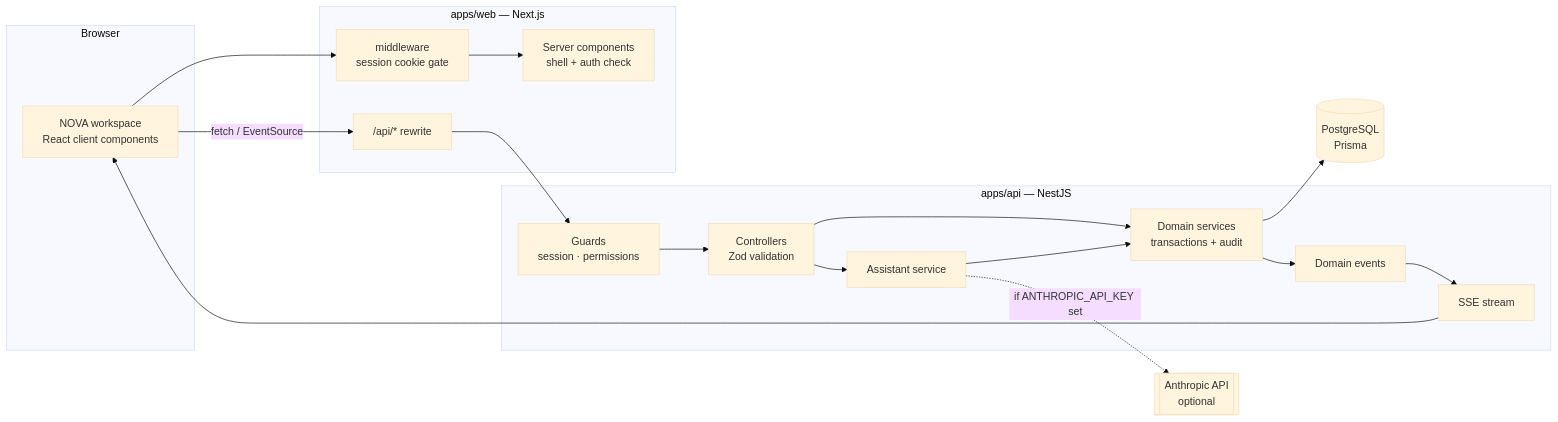
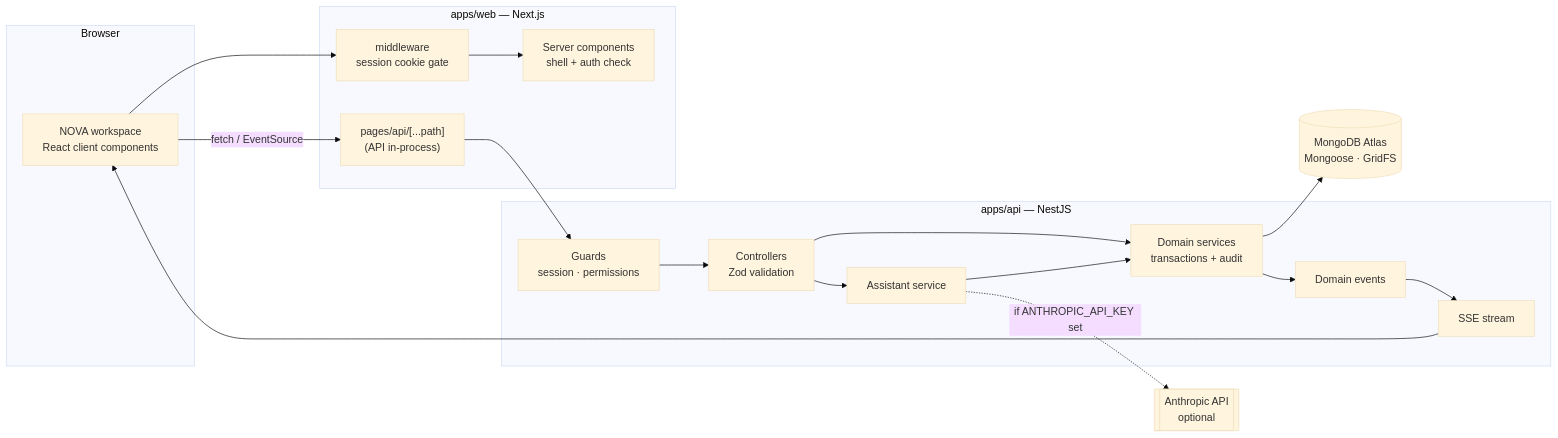
One commit to Shanidashaji/nova-studio changed the first of 3 diagrams in docs/architecture/01-system-architecture.md. Above: the diagram before and after it, drawn with Mermaid (base theme). The commit also changed other lines of this file and 122 other files, not shown here.

````diff
--- a/docs/architecture/01-system-architecture.md
+++ b/docs/architecture/01-system-architecture.md
@@ -5,27 +5,27 @@
 ```mermaid
 flowchart LR
   subgraph Browser
     UI[NOVA workspace<br/>React client components]
   end
   subgraph Web["apps/web — Next.js"]
     MW[middleware<br/>session cookie gate]
     RSC[Server components<br/>shell + auth check]
-    RW["/api/* rewrite"]
+    RW["pages/api/[...path]<br/>(API in-process)"]
   end
   subgraph API["apps/api — NestJS"]
     G[Guards<br/>session · permissions]
     C[Controllers<br/>Zod validation]
     S[Domain services<br/>transactions + audit]
     EV[Domain events]
     SSE[SSE stream]
     AS[Assistant service]
   end
-  DB[(PostgreSQL<br/>Prisma)]
+  DB[(MongoDB Atlas<br/>Mongoose · GridFS)]
   LLM[[Anthropic API<br/>optional]]
 
   UI --> MW --> RSC
   UI -- fetch / EventSource --> RW --> G --> C --> S --> DB
   S --> EV --> SSE --> UI
   C --> AS --> S
   AS -. if ANTHROPIC_API_KEY set .-> LLM
 ```
````
